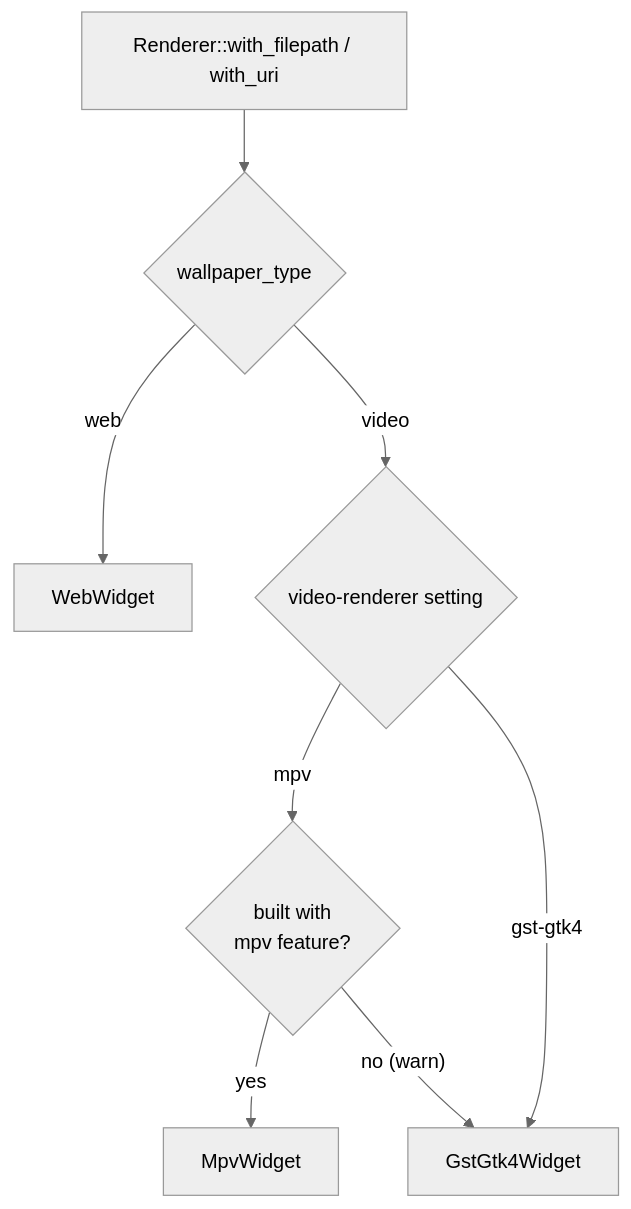
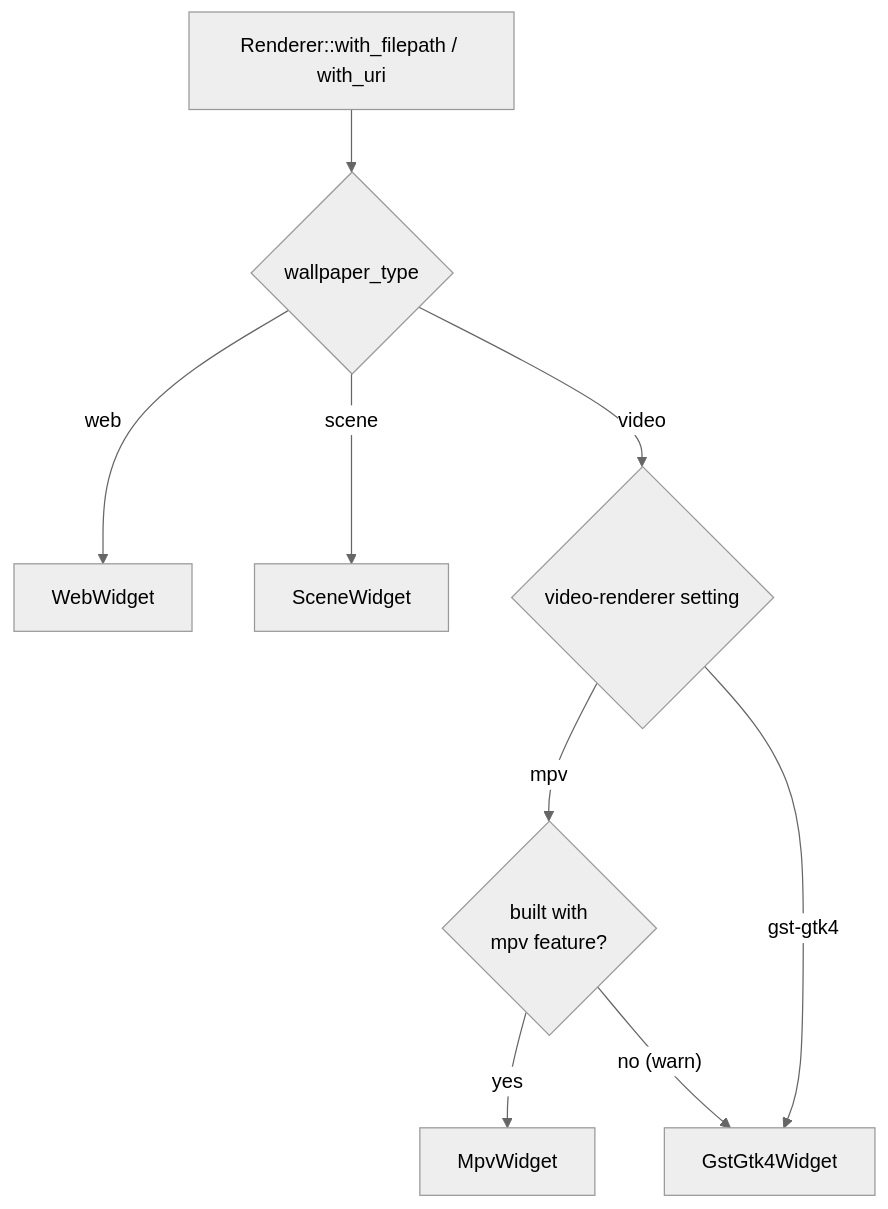
One commit to jeffshee/hotaru changed the first of 2 diagrams in docs/renderers.md. Above: the diagram before and after it, drawn with Mermaid (neutral theme). The commit also changed other lines of this file and 9 other files, not shown here.

First line of the commit message:
feat: add Wallpaper Engine scene renderer (SceneWidget)

````diff
--- a/docs/renderers.md
+++ b/docs/renderers.md
@@ -38,10 +40,11 @@
 ```mermaid
 flowchart TD
     SRC["Renderer::with_filepath / with_uri"] --> T{wallpaper_type}
     T -->|web| WEB[WebWidget]
+    T -->|scene| SCN[SceneWidget]
     T -->|video| VR{video-renderer setting}
     VR -->|mpv| F{"built with<br/>mpv feature?"}
     VR -->|gst-gtk4| GST[GstGtk4Widget]
     F -->|yes| MPV[MpvWidget]
     F -->|"no (warn)"| GST
 ```
````
